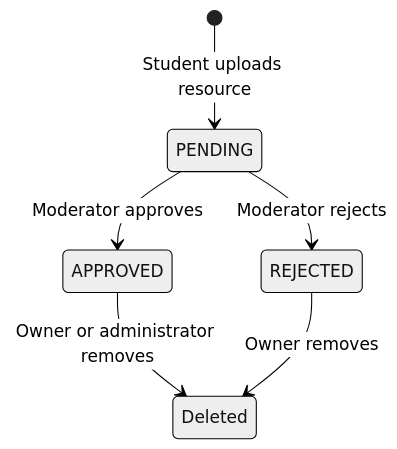
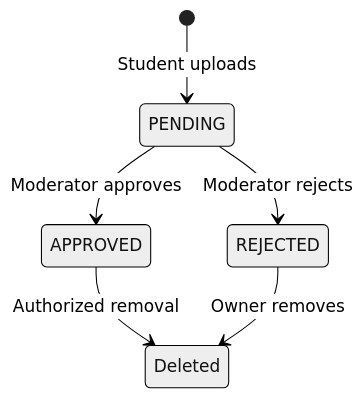
The second of 2 diagrams in README.md (usman611b/CampusArchive), drawn with Mermaid (neutral theme) before and after one commit. The commit also changed other lines of this file and 1 other file, not shown here.

````diff
--- a/README.md
+++ b/README.md
@@ -194,8 +80,8 @@
 ```mermaid
 stateDiagram-v2
-    [*] --> PENDING: Student uploads resource
+    [*] --> PENDING: Student uploads
     PENDING --> APPROVED: Moderator approves
     PENDING --> REJECTED: Moderator rejects
-    APPROVED --> Deleted: Owner or administrator removes
+    APPROVED --> Deleted: Authorized removal
     REJECTED --> Deleted: Owner removes
 ```
````
